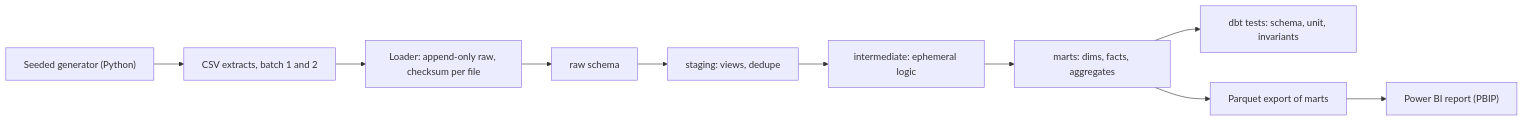
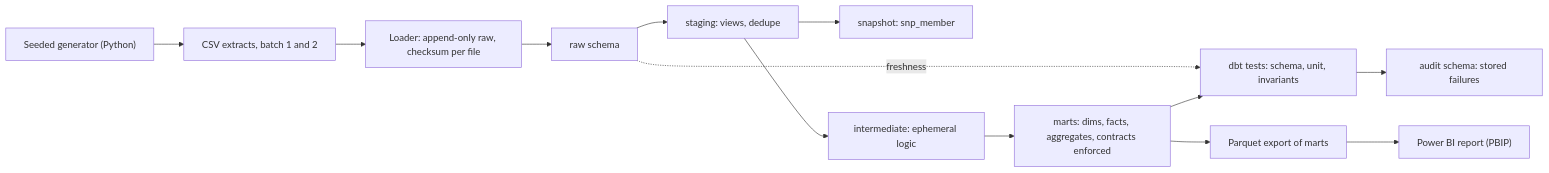
The first of 2 diagrams in cases/02-retail-loyalty-analytics/docs/architecture.md (mhanssari/Data-AI-Engineering-Portfolio), drawn with Mermaid before and after one commit. The commit also changed other lines of this file and 6 other files, not shown here.

````diff
--- a/cases/02-retail-loyalty-analytics/docs/architecture.md
+++ b/cases/02-retail-loyalty-analytics/docs/architecture.md
@@ -7,12 +7,15 @@
 ```mermaid
 flowchart LR
   G["Seeded generator (Python)"] --> F["CSV extracts, batch 1 and 2"]
   F --> L["Loader: append-only raw, checksum per file"]
   L --> RAW["raw schema"]
   RAW --> STG["staging: views, dedupe"]
+  RAW -. "freshness" .-> T
+  STG --> SNP["snapshot: snp_member"]
   STG --> INT["intermediate: ephemeral logic"]
-  INT --> MART["marts: dims, facts, aggregates"]
+  INT --> MART["marts: dims, facts, aggregates, contracts enforced"]
   MART --> T["dbt tests: schema, unit, invariants"]
+  T --> DQ["audit schema: stored failures"]
   MART --> X["Parquet export of marts"]
   X --> PBI["Power BI report (PBIP)"]
 ```
````
